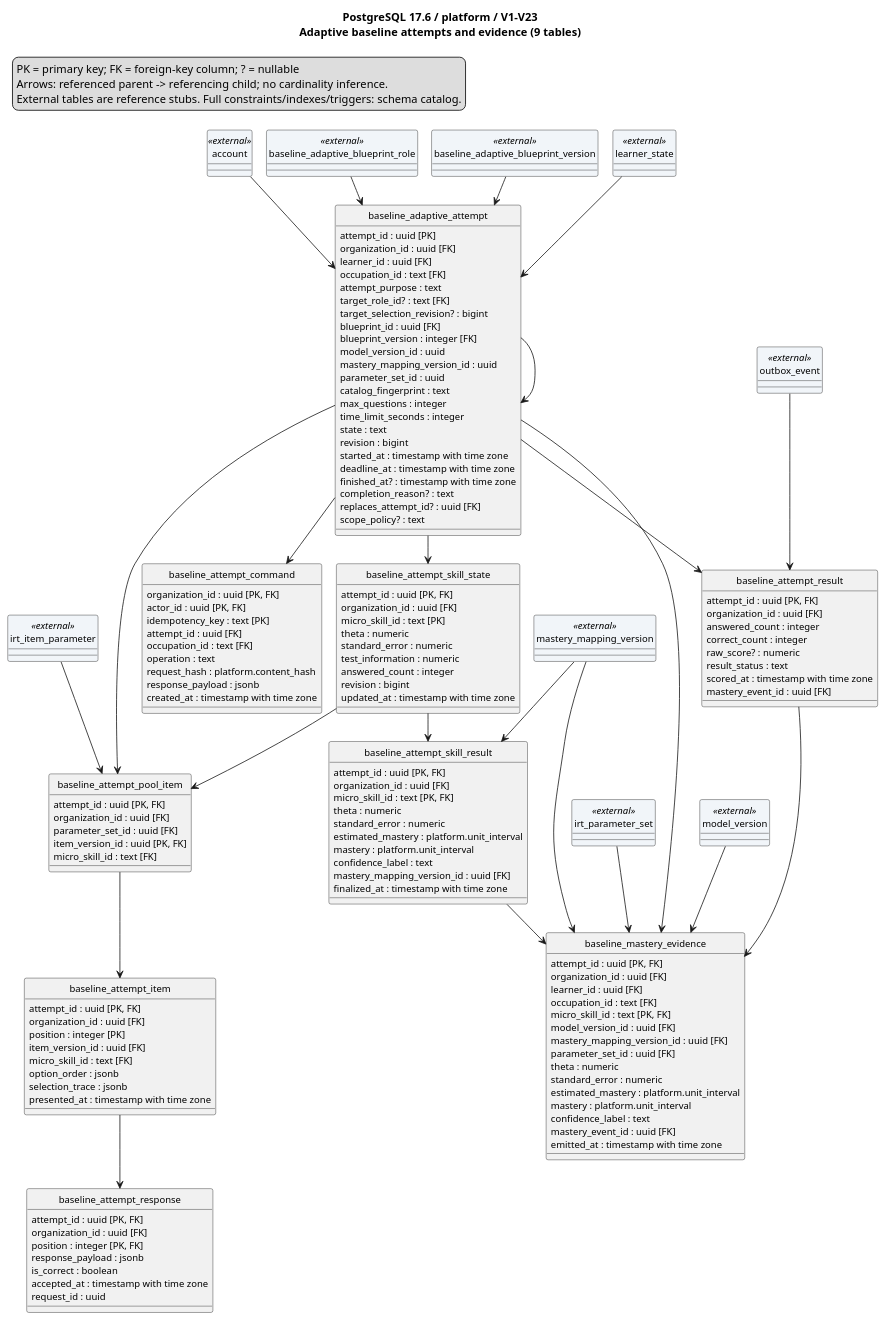
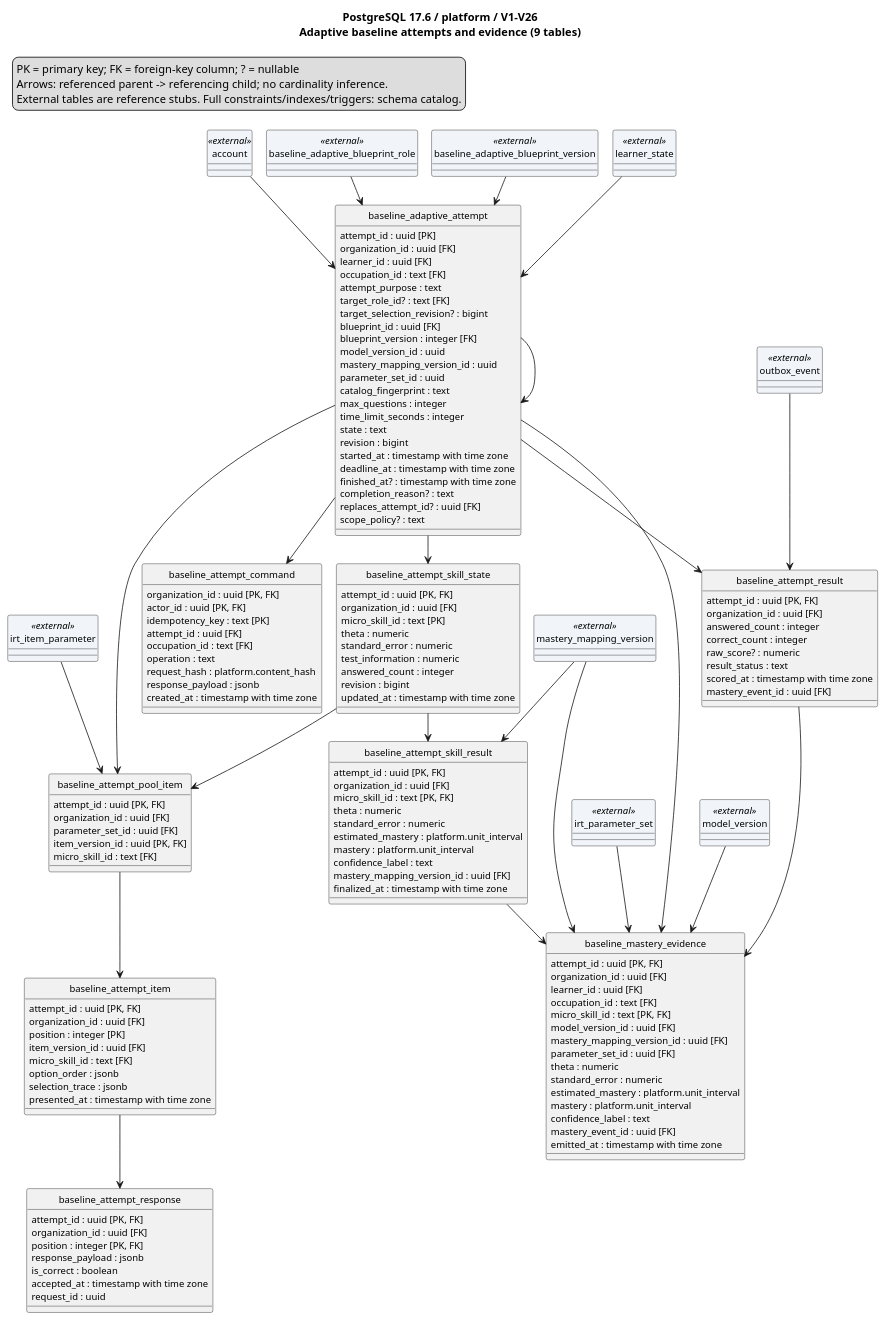
Before and after one commit to SEP490-Fall-2026-GFA26SE64/SEP490: the diagram in documents/diagrams/postgresql-adaptive-attempt.puml, drawn with PlantUML. The commit also changed 28 other files, not shown here.

Commit message:
docs: refresh verified V26 schema and catalog diagrams

```diff
--- a/documents/diagrams/postgresql-adaptive-attempt.puml
+++ b/documents/diagrams/postgresql-adaptive-attempt.puml
@@ -1,158 +1,158 @@
 @startuml
 !pragma layout smetana
 top to bottom direction
 skinparam shadowing false
 hide circle
 skinparam classAttributeIconSize 0
 skinparam defaultFontName SansSerif
 skinparam defaultFontSize 12
-title PostgreSQL 17.6 / platform / V1-V23\nAdaptive baseline attempts and evidence (9 tables)
+title PostgreSQL 17.6 / platform / V1-V26\nAdaptive baseline attempts and evidence (9 tables)
 legend top left
 PK = primary key; FK = foreign-key column; ? = nullable
 Arrows: referenced parent -> referencing child; no cardinality inference.
 External tables are reference stubs. Full constraints/indexes/triggers: schema catalog.
 endlegend
 class baseline_adaptive_attempt {
   attempt_id : uuid [PK]
   organization_id : uuid [FK]
   learner_id : uuid [FK]
   occupation_id : text [FK]
   attempt_purpose : text
   target_role_id? : text [FK]
   target_selection_revision? : bigint
   blueprint_id : uuid [FK]
   blueprint_version : integer [FK]
   model_version_id : uuid
   mastery_mapping_version_id : uuid
   parameter_set_id : uuid
   catalog_fingerprint : text
   max_questions : integer
   time_limit_seconds : integer
   state : text
   revision : bigint
   started_at : timestamp with time zone
   deadline_at : timestamp with time zone
   finished_at? : timestamp with time zone
   completion_reason? : text
   replaces_attempt_id? : uuid [FK]
   scope_policy? : text
 }
 class baseline_attempt_pool_item {
   attempt_id : uuid [PK, FK]
   organization_id : uuid [FK]
   parameter_set_id : uuid [FK]
   item_version_id : uuid [PK, FK]
   micro_skill_id : text [FK]
 }
 class baseline_attempt_item {
   attempt_id : uuid [PK, FK]
   organization_id : uuid [FK]
   position : integer [PK]
   item_version_id : uuid [FK]
   micro_skill_id : text [FK]
   option_order : jsonb
   selection_trace : jsonb
   presented_at : timestamp with time zone
 }
 class baseline_attempt_response {
   attempt_id : uuid [PK, FK]
   organization_id : uuid [FK]
   position : integer [PK, FK]
   response_payload : jsonb
   is_correct : boolean
   accepted_at : timestamp with time zone
   request_id : uuid
 }
 class baseline_attempt_skill_state {
   attempt_id : uuid [PK, FK]
   organization_id : uuid [FK]
   micro_skill_id : text [PK]
   theta : numeric
   standard_error : numeric
   test_information : numeric
   answered_count : integer
   revision : bigint
   updated_at : timestamp with time zone
 }
 class baseline_attempt_command {
   organization_id : uuid [PK, FK]
   actor_id : uuid [PK, FK]
   idempotency_key : text [PK]
   attempt_id : uuid [FK]
   occupation_id : text [FK]
   operation : text
   request_hash : platform.content_hash
   response_payload : jsonb
   created_at : timestamp with time zone
 }
 class baseline_attempt_result {
   attempt_id : uuid [PK, FK]
   organization_id : uuid [FK]
   answered_count : integer
   correct_count : integer
   raw_score? : numeric
   result_status : text
   scored_at : timestamp with time zone
   mastery_event_id : uuid [FK]
 }
 class baseline_attempt_skill_result {
   attempt_id : uuid [PK, FK]
   organization_id : uuid [FK]
   micro_skill_id : text [PK, FK]
   theta : numeric
   standard_error : numeric
   estimated_mastery : platform.unit_interval
   mastery : platform.unit_interval
   confidence_label : text
   mastery_mapping_version_id : uuid [FK]
   finalized_at : timestamp with time zone
 }
 class baseline_mastery_evidence {
   attempt_id : uuid [PK, FK]
   organization_id : uuid [FK]
   learner_id : uuid [FK]
   occupation_id : text [FK]
   micro_skill_id : text [PK, FK]
   model_version_id : uuid [FK]
   mastery_mapping_version_id : uuid [FK]
   parameter_set_id : uuid [FK]
   theta : numeric
   standard_error : numeric
   estimated_mastery : platform.unit_interval
   mastery : platform.unit_interval
   confidence_label : text
   mastery_event_id : uuid [FK]
   emitted_at : timestamp with time zone
 }
 class account <<external>> #F1F5F9
 class baseline_adaptive_blueprint_role <<external>> #F1F5F9
 class baseline_adaptive_blueprint_version <<external>> #F1F5F9
 class irt_item_parameter <<external>> #F1F5F9
 class irt_parameter_set <<external>> #F1F5F9
 class learner_state <<external>> #F1F5F9
 class mastery_mapping_version <<external>> #F1F5F9
 class model_version <<external>> #F1F5F9
 class outbox_event <<external>> #F1F5F9
 account --> baseline_adaptive_attempt
 baseline_adaptive_attempt --> baseline_adaptive_attempt
 baseline_adaptive_attempt --> baseline_attempt_command
 baseline_adaptive_attempt --> baseline_attempt_pool_item
 baseline_adaptive_attempt --> baseline_attempt_result
 baseline_adaptive_attempt --> baseline_attempt_skill_state
 baseline_adaptive_attempt --> baseline_mastery_evidence
 baseline_adaptive_blueprint_role --> baseline_adaptive_attempt
 baseline_adaptive_blueprint_version --> baseline_adaptive_attempt
 baseline_attempt_item --> baseline_attempt_response
 baseline_attempt_pool_item --> baseline_attempt_item
 baseline_attempt_result --> baseline_mastery_evidence
 baseline_attempt_skill_result --> baseline_mastery_evidence
 baseline_attempt_skill_state --> baseline_attempt_pool_item
 baseline_attempt_skill_state --> baseline_attempt_skill_result
 irt_item_parameter --> baseline_attempt_pool_item
 irt_parameter_set --> baseline_mastery_evidence
 learner_state --> baseline_adaptive_attempt
 mastery_mapping_version --> baseline_attempt_skill_result
 mastery_mapping_version --> baseline_mastery_evidence
 model_version --> baseline_mastery_evidence
 outbox_event --> baseline_attempt_result
 @enduml
```
